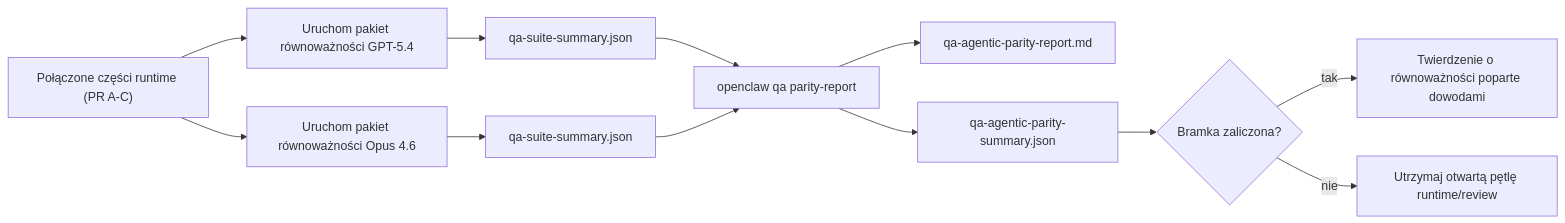
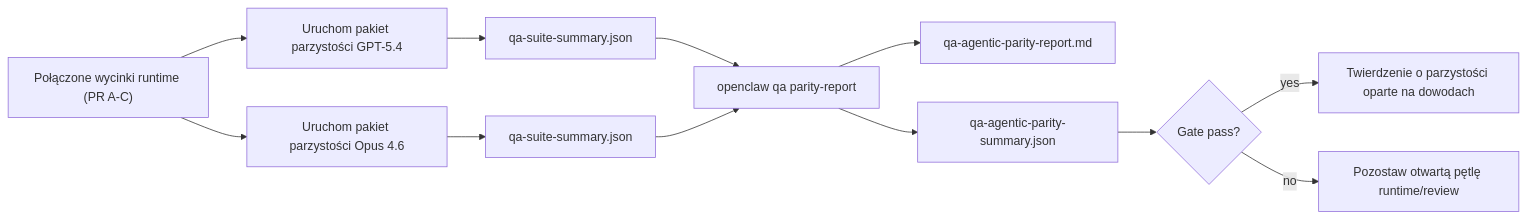
Before and after one commit to openclaw/docs: the second of 2 diagrams in docs/pl/help/gpt54-codex-agentic-parity.md, drawn with Mermaid. The commit also changed other lines of this file and 440 other files, not shown here.

````diff
--- a/docs/pl/help/gpt54-codex-agentic-parity.md
+++ b/docs/pl/help/gpt54-codex-agentic-parity.md
@@ -131,14 +131,14 @@
 ```mermaid
 flowchart LR
-    A["Połączone części runtime (PR A-C)"] --> B["Uruchom pakiet równoważności GPT-5.4"]
-    A --> C["Uruchom pakiet równoważności Opus 4.6"]
+    A["Połączone wycinki runtime (PR A-C)"] --> B["Uruchom pakiet parzystości GPT-5.4"]
+    A --> C["Uruchom pakiet parzystości Opus 4.6"]
     B --> D["qa-suite-summary.json"]
     C --> E["qa-suite-summary.json"]
     D --> F["openclaw qa parity-report"]
     E --> F
     F --> G["qa-agentic-parity-report.md"]
     F --> H["qa-agentic-parity-summary.json"]
-    H --> I{"Bramka zaliczona?"}
-    I -- "tak" --> J["Twierdzenie o równoważności poparte dowodami"]
-    I -- "nie" --> K["Utrzymaj otwartą pętlę runtime/review"]
+    H --> I{"Gate pass?"}
+    I -- "yes" --> J["Twierdzenie o parzystości oparte na dowodach"]
+    I -- "no" --> K["Pozostaw otwartą pętlę runtime/review"]
 ```
````
